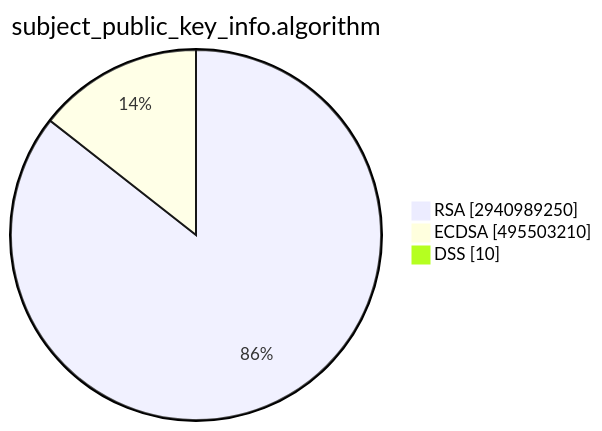
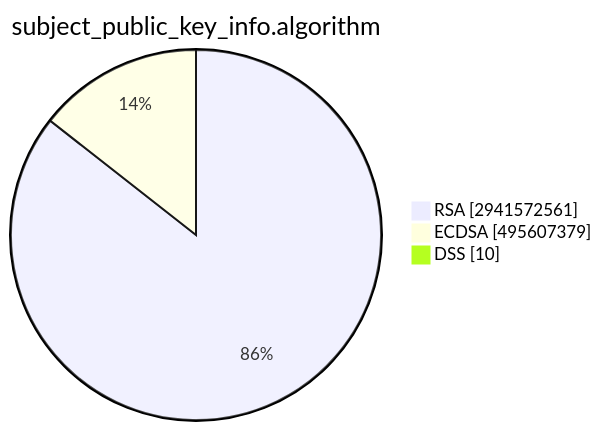
Before and after one commit to christiankrug/ctmonitor_visualization: the second of 15 diagrams in TOTAL/README.md, drawn with Mermaid. The commit also changed other lines of this file, not shown here.

````diff
--- a/TOTAL/README.md
+++ b/TOTAL/README.md
@@ -6,7 +6,7 @@
 ```mermaid
 pie showData
 title subject_public_key_info.algorithm
-"RSA" :2940989250
-"ECDSA" :495503210
+"RSA" :2941572561
+"ECDSA" :495607379
 "DSS" :10
 ```
````
